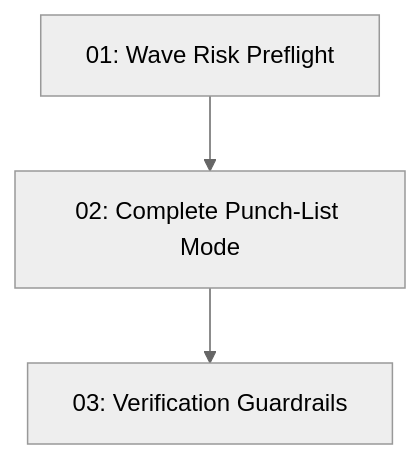
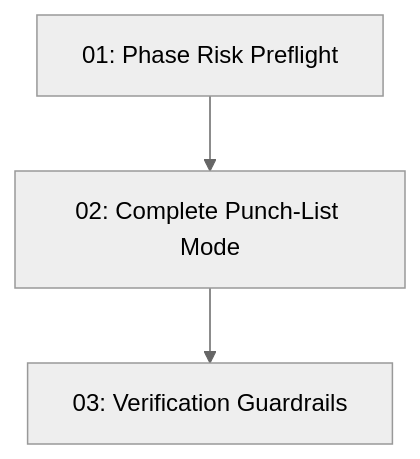
One commit to J03Fr0st/s-kit changed the diagram in docs/specs/2026-06-09-build-feature-risk-preflight/README.md. Above: the diagram before and after it, drawn with Mermaid (neutral theme). The commit also changed other lines of this file and 235 other files, not shown here.

````diff
--- a/docs/specs/2026-06-09-build-feature-risk-preflight/README.md
+++ b/docs/specs/2026-06-09-build-feature-risk-preflight/README.md
@@ -17,8 +17,8 @@
 ```mermaid
 graph TD
-    task-01-wave-risk-preflight["01: Wave Risk Preflight"]
+    task-01-Phase-risk-preflight["01: Phase Risk Preflight"]
     task-02-complete-punch-list["02: Complete Punch-List Mode"]
     task-03-verification-guardrails["03: Verification Guardrails"]
-    task-01-wave-risk-preflight --> task-02-complete-punch-list
+    task-01-Phase-risk-preflight --> task-02-complete-punch-list
     task-02-complete-punch-list --> task-03-verification-guardrails
 ```
````
